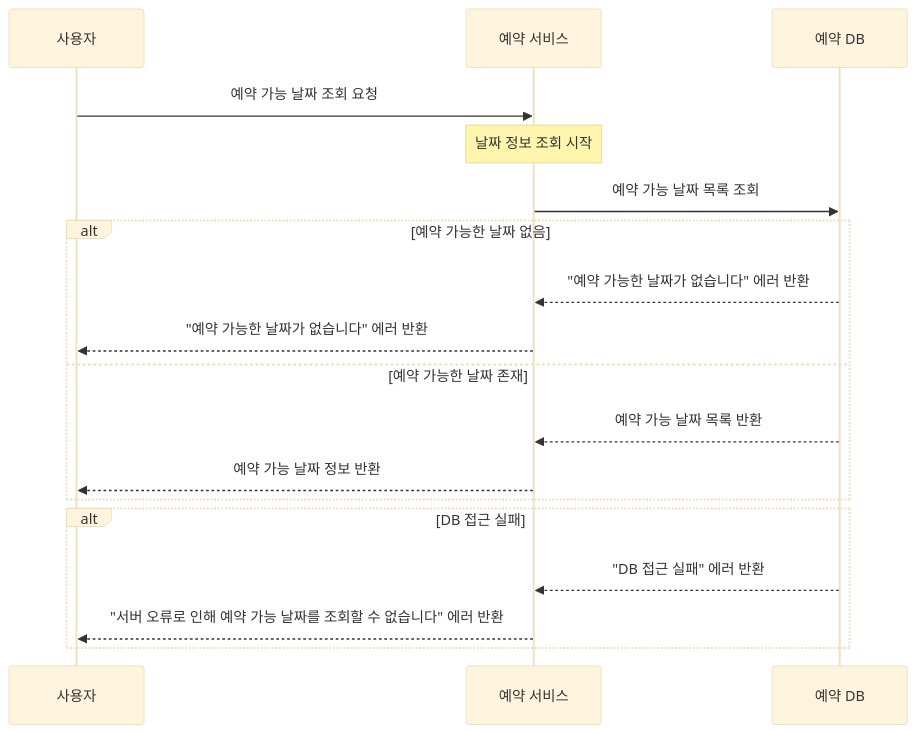
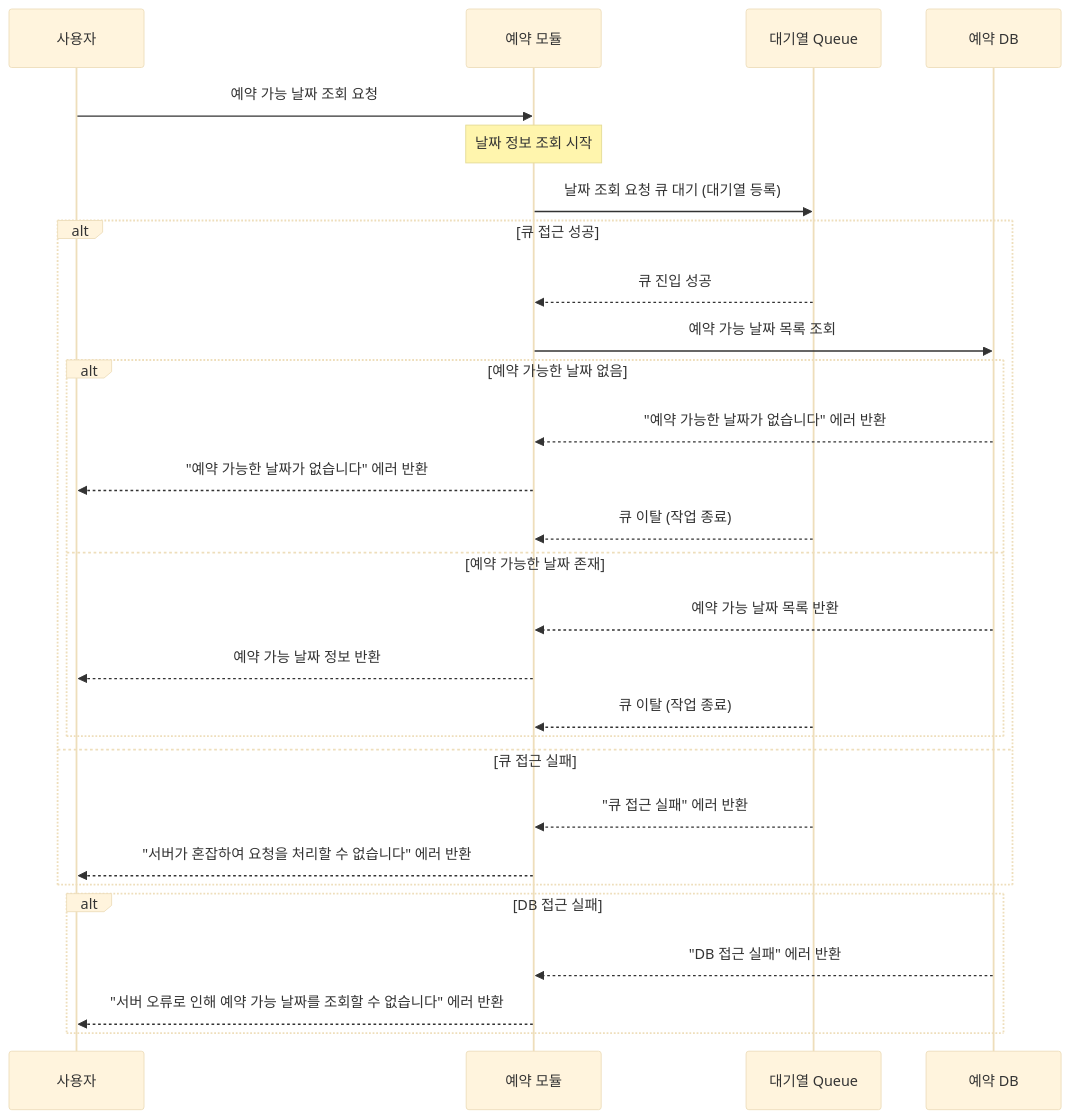
Before and after one commit to SooLee99/hhplus-concert-reservation-service: the second of 14 diagrams in README.md, drawn with Mermaid (base theme). The commit also changed other lines of this file, not shown here.

Commit message:
fix: Update README.md
튜터님 피드백을 기반으로 내용을 수정하였습니다.

- 시퀀스 다이어그램 관련
   1) 유저 토큰 발급 API 시퀀스 다이어그램에서 생성된 토큰에 대한 정보만 전달할 경우 -> AuthServer-->>User: "이미 활성화된 토큰이 존재합니다" 에러 반환 라고 표기 되어있는데 오류로 처리하지 않아도 됩니다. -> 정상 로직 중 하나임으로 제거함.

   2) 콘서트 예매와 관련 된 예약 가능 날짜 조회에서 대기열 상태 확인 로직이 누락되었습니다. 그렇기 때문에 이 부분을 추가합니다.

````diff
--- a/README.md
+++ b/README.md
@@ -81,28 +77,39 @@
 ```mermaid
   sequenceDiagram
   participant User as 사용자
-  participant ReservationServer as 예약 서비스
+  participant ReservationServer as 예약 모듈
+  participant QueueDB as 대기열 Queue
   participant ReservationDB as 예약 DB
   
   %% 1️⃣ 예약 가능 날짜 조회 API
   User->>ReservationServer: 예약 가능 날짜 조회 요청
   Note over ReservationServer: 날짜 정보 조회 시작
   
-  %% 예약 가능 날짜 조회 로직
+  %% 대기열 큐에 접근하여 다른 프로세스와 경합 피함
+  ReservationServer->>QueueDB: 날짜 조회 요청 큐 대기 (대기열 등록)
+  alt 큐 접근 성공
+  QueueDB-->>ReservationServer: 큐 진입 성공
   ReservationServer->>ReservationDB: 예약 가능 날짜 목록 조회
   alt 예약 가능한 날짜 없음
   %% 예약 가능한 날짜가 없는 경우
   ReservationDB-->>ReservationServer: "예약 가능한 날짜가 없습니다" 에러 반환
   ReservationServer-->>User: "예약 가능한 날짜가 없습니다" 에러 반환
+  QueueDB-->>ReservationServer: 큐 이탈 (작업 종료)
   else 예약 가능한 날짜 존재
   %% 예약 가능한 날짜가 존재하는 경우
   ReservationDB-->>ReservationServer: 예약 가능 날짜 목록 반환
   ReservationServer-->>User: 예약 가능 날짜 정보 반환
+  QueueDB-->>ReservationServer: 큐 이탈 (작업 종료)
   end
-
+  else 큐 접근 실패
+  %% 큐 접근 실패 시
+  QueueDB-->>ReservationServer: "큐 접근 실패" 에러 반환
+  ReservationServer-->>User: "서버가 혼잡하여 요청을 처리할 수 없습니다" 에러 반환
+  end
+  
   %% 예약 가능 날짜 조회 중 DB 접근 실패 시 처리
   alt DB 접근 실패
   ReservationDB-->>ReservationServer: "DB 접근 실패" 에러 반환
   ReservationServer-->>User: "서버 오류로 인해 예약 가능 날짜를 조회할 수 없습니다" 에러 반환
   end
 ```
````
